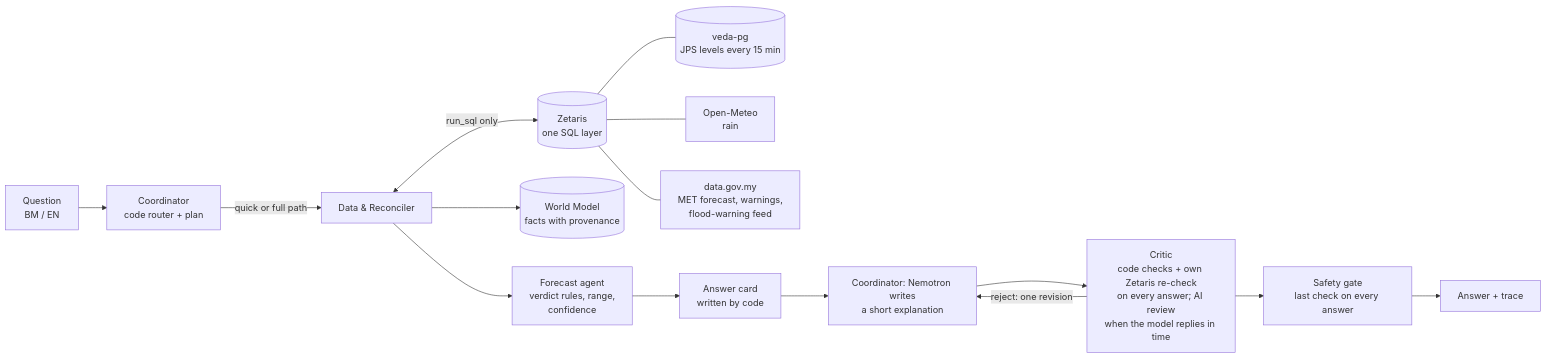
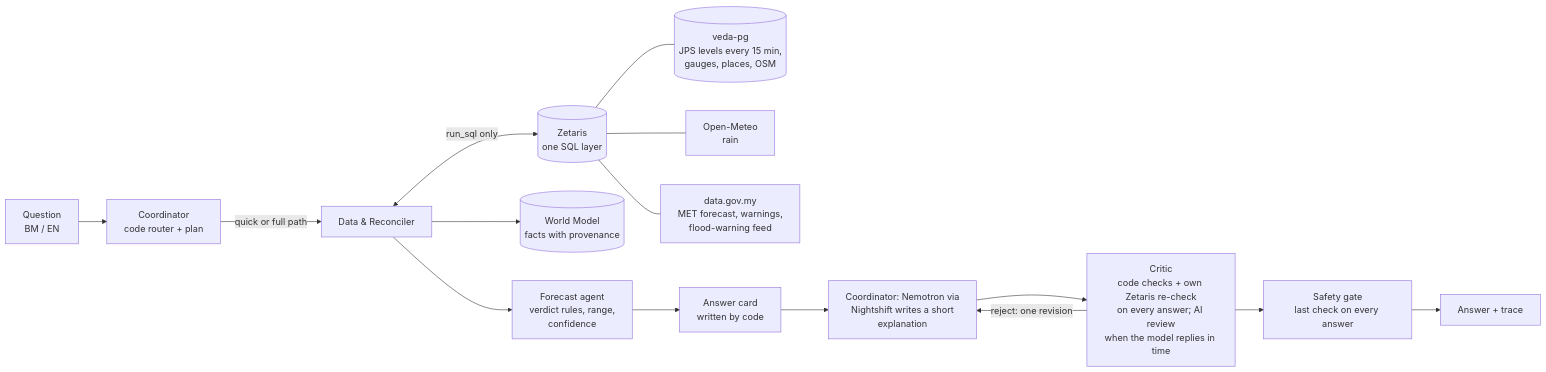
One commit to vedacool/veda-flood-kelantan changed the diagram in README.md. Above: the diagram before and after it, drawn with Mermaid. The commit also changed other lines of this file and 6 other files, not shown here.

Commit message:
docs: B-24 consistency pass: approach line, covered places, diagram, failure-handling table, logs to stdout + logs/README, data.gov.my fixtures are SYNTHETIC, Cursor counts; OPEN findings after hackathon except A-P2-1/3

````diff
--- a/README.md
+++ b/README.md
@@ -75,17 +83,17 @@
 ```mermaid
 flowchart LR
     Q[Question<br/>BM / EN] --> C[Coordinator<br/>code router + plan]
     C -->|quick or full path| D[Data &amp; Reconciler]
     D <-->|run_sql only| Z[(Zetaris<br/>one SQL layer)]
-    Z --- PG[(veda-pg<br/>JPS levels every 15 min)]
+    Z --- PG[(veda-pg<br/>JPS levels every 15 min,<br/>gauges, places, OSM)]
     Z --- OM[Open-Meteo<br/>rain]
     Z --- MY[data.gov.my<br/>MET forecast, warnings,<br/>flood-warning feed]
     D --> W[(World Model<br/>facts with provenance)]
     D --> F[Forecast agent<br/>verdict rules, range,<br/>confidence]
     F --> K[Answer card<br/>written by code]
-    K --> N[Coordinator: Nemotron writes<br/>a short explanation]
+    K --> N[Coordinator: Nemotron via<br/>Nightshift writes a short<br/>explanation]
     N --> CR[Critic<br/>code checks + own Zetaris re-check<br/>on every answer; AI review<br/>when the model replies in time]
     CR -->|reject: one revision| N
     CR --> S[Safety gate<br/>last check on every answer]
     S --> A[Answer + trace]
 ```
````
